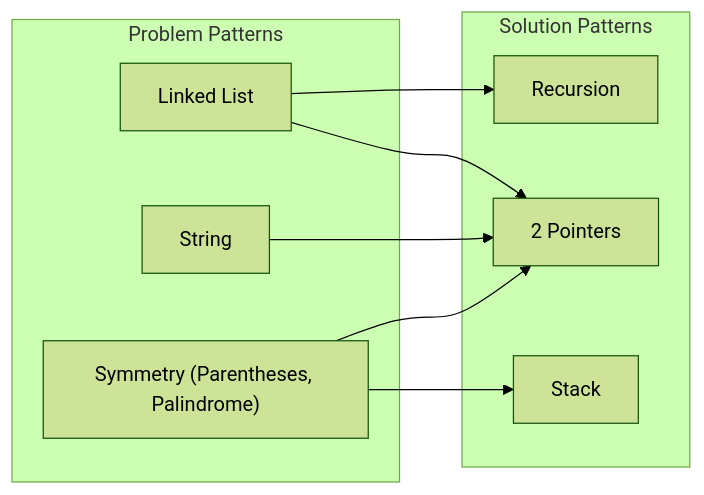
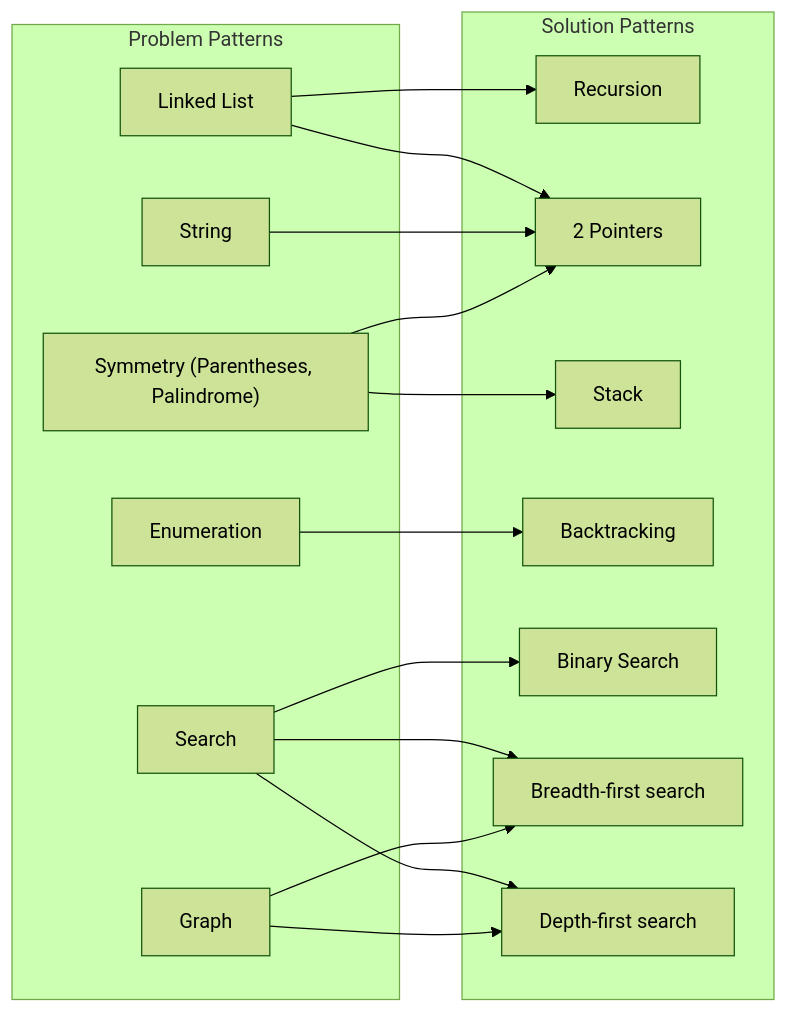
One commit to wuyichen24/coding-interview changed the diagram in README.md. Above: the diagram before and after it, drawn with Mermaid (forest theme).

````diff
--- a/README.md
+++ b/README.md
@@ -103,19 +103,32 @@
 ```mermaid
 flowchart LR
    LL-->RC
    LL-->2P
    ST-->2P
    SY-->2P
    SY-->SK
+   EN-->BT
+   SC-->BS
+   SC-->BFS
+   SC-->DFS
+   GP-->BFS
+   GP-->DFS
 
    subgraph problemSG ["Problem Patterns"]
       LL["Linked List"]
       ST["String"]
       SY["Symmetry (Parentheses, Palindrome)"]
+      EN["Enumeration"]
+      SC["Search"]
+      GP["Graph"]
    end
    subgraph solutionSG [Solution Patterns]
       RC["Recursion"]
       2P["2 Pointers"]
       SK["Stack"]
+      BT["Backtracking"]
+      BS["Binary Search"]
+      BFS["Breadth-first search"]
+      DFS["Depth-first search"]
    end
 ```
````
